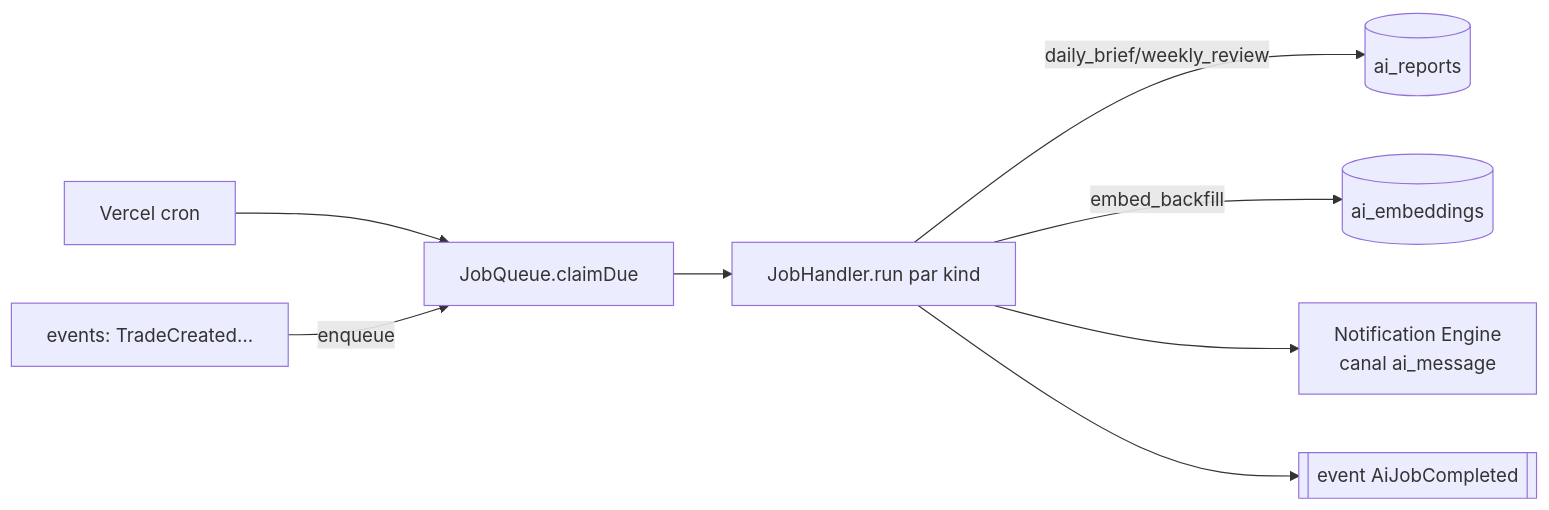
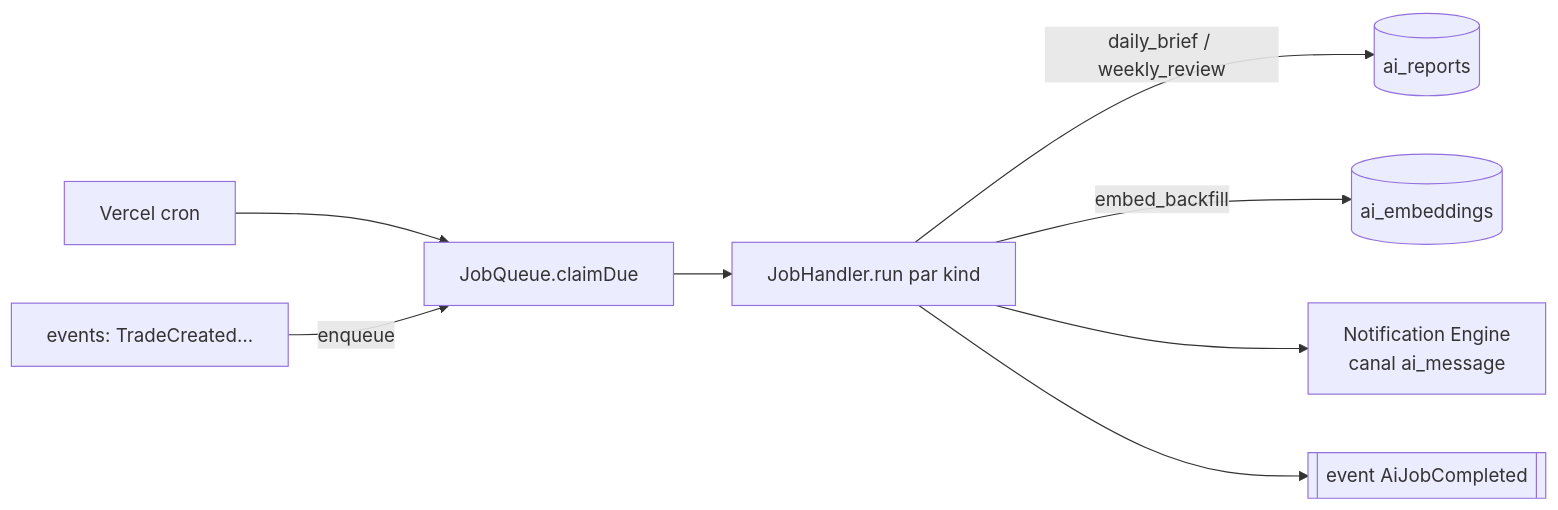
The third of 4 diagrams in docs/AI-ARCHITECTURE.md (Amine2bxl/Trade-Vault), drawn with Mermaid before and after one commit. The commit also changed other lines of this file and 30 other files, not shown here.

````diff
--- a/docs/AI-ARCHITECTURE.md
+++ b/docs/AI-ARCHITECTURE.md
@@ -121,10 +216,10 @@
 ```mermaid
 flowchart LR
   CRON[Vercel cron] --> Q[JobQueue.claimDue]
   EVT[events: TradeCreated…] -->|enqueue| Q
   Q --> H[JobHandler.run par kind]
-  H -->|daily_brief/weekly_review| REP[(ai_reports)]
+  H -->|daily_brief / weekly_review| REP[(ai_reports)]
   H -->|embed_backfill| EMB[(ai_embeddings)]
   H --> NOTIF[Notification Engine\ncanal ai_message]
   H --> EV2[[event AiJobCompleted]]
 ```
````
